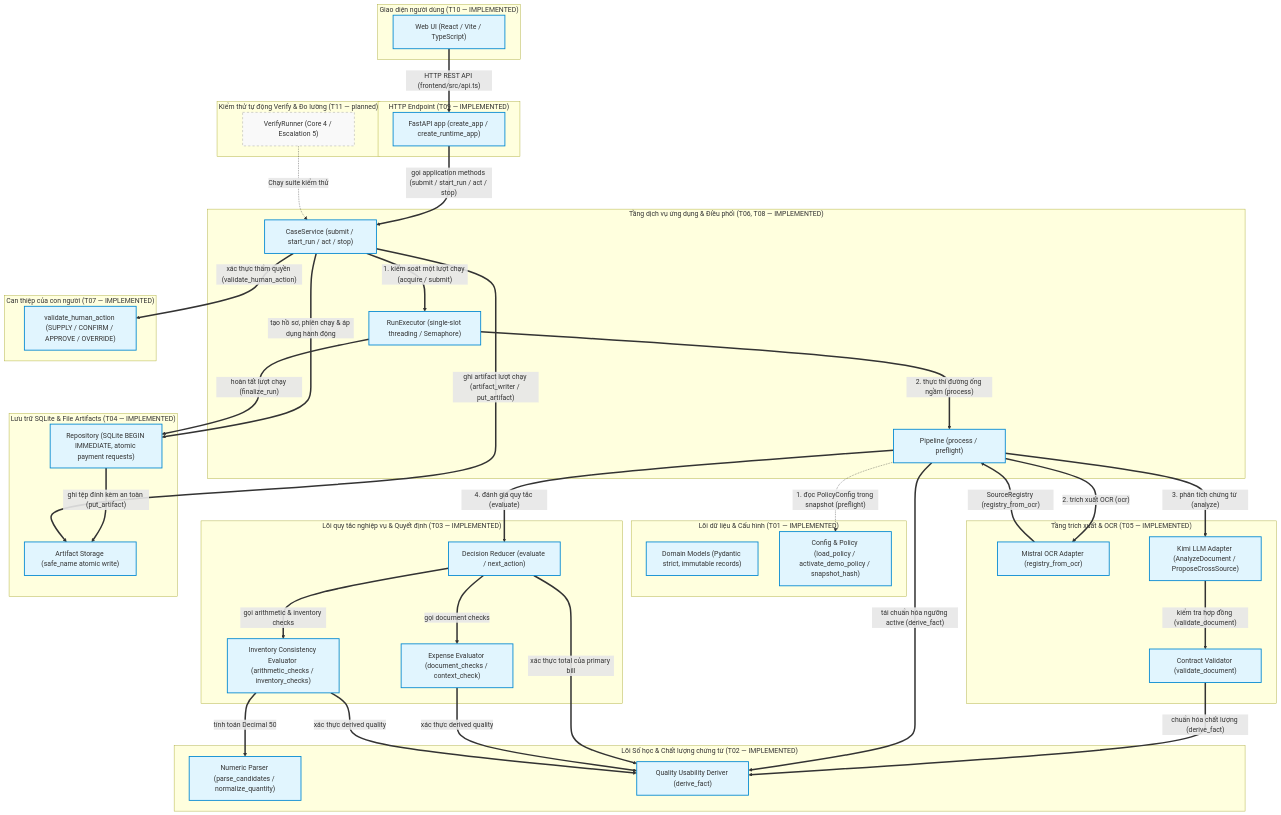
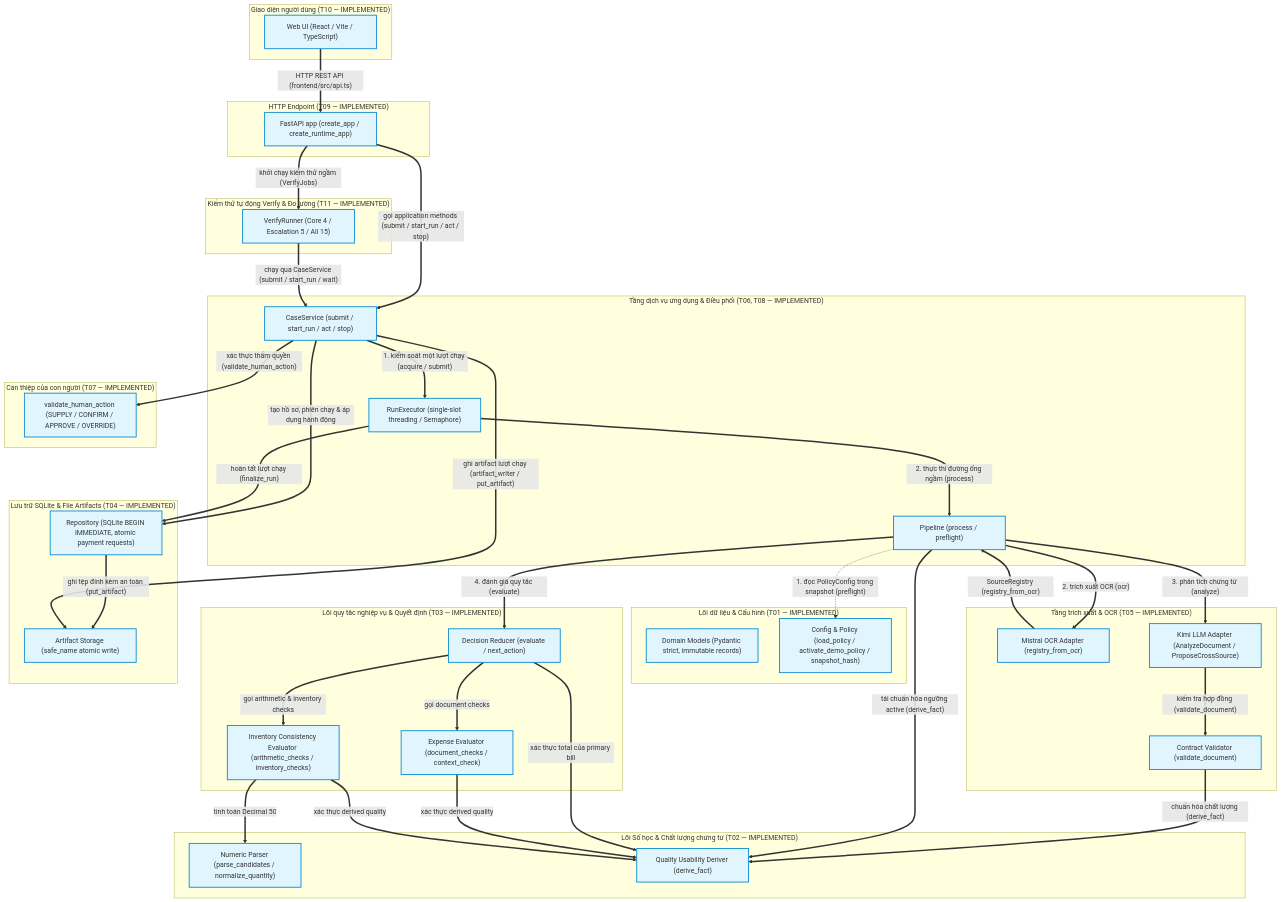
One commit to Nnguyen-dev2805/InvoiceReferee changed the diagram in docs/SYSTEM_FLOW_ATLAS.md. Above: the diagram before and after it, drawn with Mermaid. The commit also changed other lines of this file, not shown here.

Commit message:
docs: update system flow atlas documentation

````diff
--- a/docs/SYSTEM_FLOW_ATLAS.md
+++ b/docs/SYSTEM_FLOW_ATLAS.md
@@ -66,17 +66,17 @@
         HUMAN["validate_human_action (SUPPLY / CONFIRM / APPROVE / OVERRIDE)"]
     end
 
-    subgraph VerifyTier["Kiểm thử tự động Verify & Đo lường (T11 — planned)"]
-        VERIFY["VerifyRunner (Core 4 / Escalation 5)"]
+    subgraph VerifyTier["Kiểm thử tự động Verify & Đo lường (T11 — IMPLEMENTED)"]
+        VERIFY["VerifyRunner (Core 4 / Escalation 5 / All 15)"]
     end
 
     %% Áp dụng style class cho nodes
-    class MODELS,CFG,NUM,QUAL,EXP,INV,DEC,REPO,ART,MISTRAL,KIMI,VAL,PIPE,HUMAN,SVC,EXEC,APP,UI implemented;
-    class VERIFY planned;
+    class MODELS,CFG,NUM,QUAL,EXP,INV,DEC,REPO,ART,MISTRAL,KIMI,VAL,PIPE,HUMAN,SVC,EXEC,APP,UI,VERIFY implemented;
 
     %% Tương tác luồng UI -> API -> Service (T10, T09 IMPLEMENTED)
     UI ==>|"HTTP REST API (frontend/src/api.ts)"| APP
     APP ==>|"gọi application methods (submit / start_run / act / stop)"| SVC
+    APP ==>|"khởi chạy kiểm thử ngầm (VerifyJobs)"| VERIFY
 
     %% Dịch vụ ứng dụng điều phối thực thi và đường ống (T08 IMPLEMENTED)
     SVC ==>|"1. kiểm soát một lượt chạy (acquire / submit)"| EXEC
@@ -106,5 +106,5 @@
     SVC ==>|"xác thực thẩm quyền (validate_human_action)"| HUMAN
     SVC ==>|"tạo hồ sơ, phiên chạy & áp dụng hành động"| REPO
     EXEC ==>|"hoàn tất lượt chạy (finalize_run)"| REPO
-    VERIFY -.->|"Chạy suite kiểm thử"| SVC
+    VERIFY ==>|"chạy qua CaseService (submit / start_run / wait)"| SVC
 ```
````
